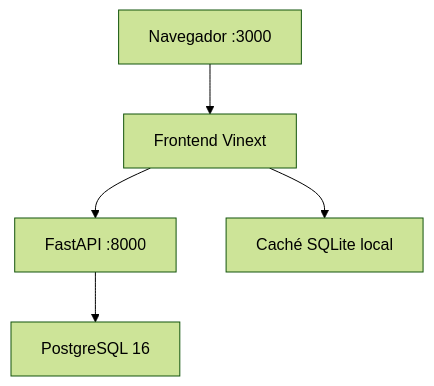
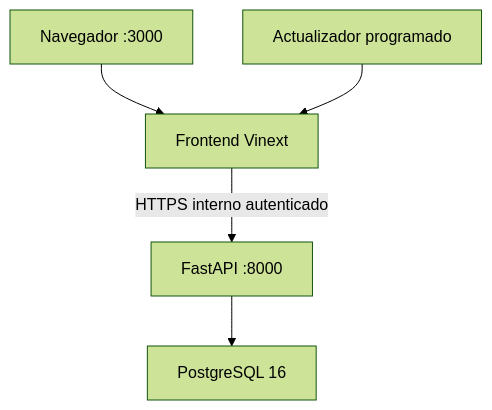
One commit to alejandrohenriquezr/relatos-catalogo changed the diagram in ARCHITECTURE.md. Above: the diagram before and after it, drawn with Mermaid (forest theme). The commit also changed other lines of this file and 49 other files, not shown here.

````diff
--- a/ARCHITECTURE.md
+++ b/ARCHITECTURE.md
@@ -40,7 +34,7 @@
 ```mermaid
 flowchart TD
   U["Navegador :3000"] --> F["Frontend Vinext"]
-  F --> A["FastAPI :8000"]
+  F -->|"HTTPS interno autenticado"| A["FastAPI :8000"]
+  R["Actualizador programado"] --> F
   A --> P["PostgreSQL 16"]
-  F --> C["Caché SQLite local"]
 ```
````
